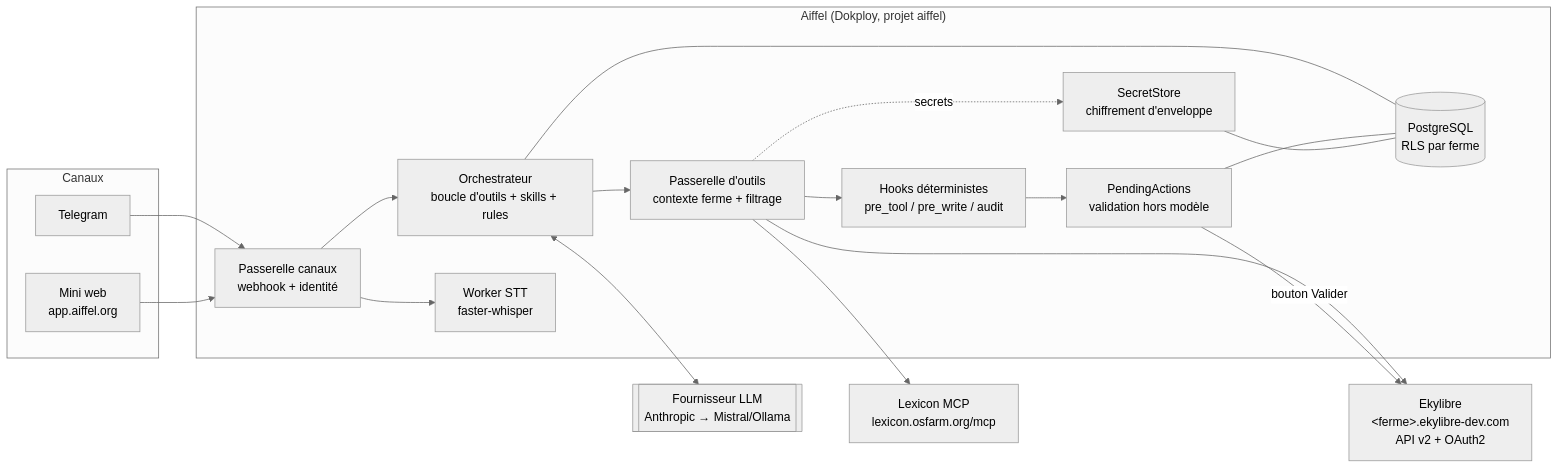
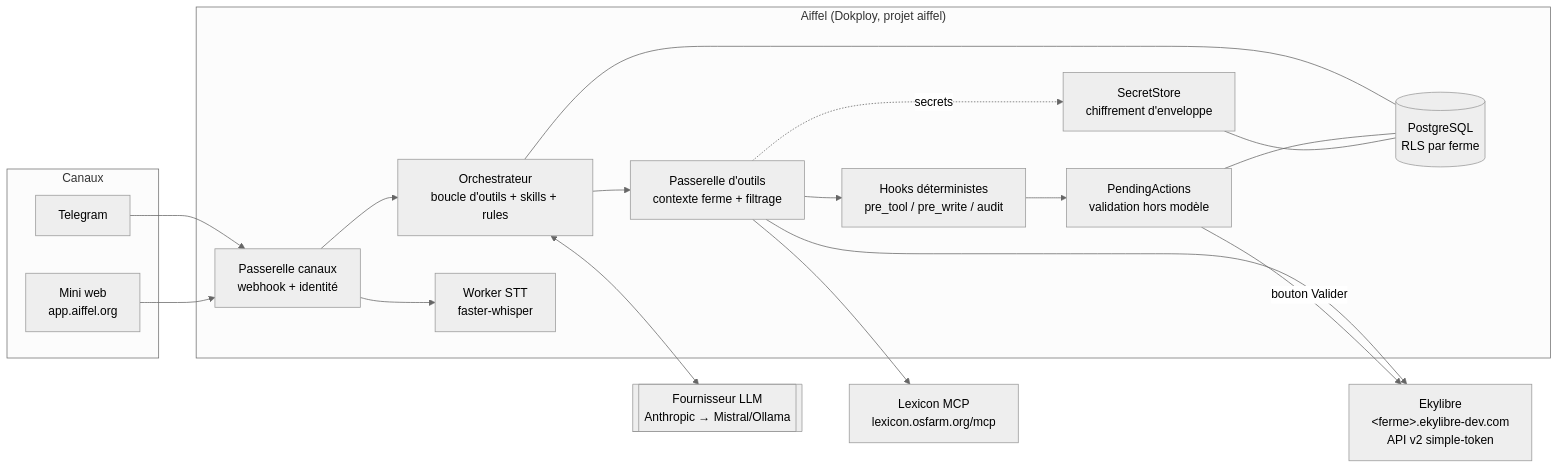
The first of 4 diagrams in docs/architecture/phase1.md (ekylibre/aiffel), drawn with Mermaid (neutral theme) before and after one commit. The commit also changed other lines of this file, not shown here.

First line of the commit message:
Keep simple-token for the prototype, defer OAuth2

````diff
--- a/docs/architecture/phase1.md
+++ b/docs/architecture/phase1.md
@@ -111,36 +142,36 @@
 ```mermaid
 flowchart LR
   subgraph Canaux
     TG[Telegram]
     WEB[Mini web<br/>app.aiffel.org]
   end
   subgraph Aiffel["Aiffel (Dokploy, projet aiffel)"]
     GW[Passerelle canaux<br/>webhook + identité]
     ORC[Orchestrateur<br/>boucle d'outils + skills + rules]
     HK[Hooks déterministes<br/>pre_tool / pre_write / audit]
     TGW[Passerelle d'outils<br/>contexte ferme + filtrage]
     PA[PendingActions<br/>validation hors modèle]
     VLT[SecretStore<br/>chiffrement d'enveloppe]
     STT[Worker STT<br/>faster-whisper]
     DB[(PostgreSQL<br/>RLS par ferme)]
   end
   LLM[[Fournisseur LLM<br/>Anthropic → Mistral/Ollama]]
-  EKY[Ekylibre<br/>&lt;ferme&gt;.ekylibre-dev.com<br/>API v2 + OAuth2]
+  EKY[Ekylibre<br/>&lt;ferme&gt;.ekylibre-dev.com<br/>API v2 simple-token]
   LEX[Lexicon MCP<br/>lexicon.osfarm.org/mcp]
 
   TG --> GW
   WEB --> GW
   GW --> STT
   GW --> ORC
   ORC <--> LLM
   ORC --> TGW
   TGW --> HK
   HK --> PA
   TGW --> EKY
   TGW --> LEX
   PA -->|bouton Valider| EKY
   TGW -.secrets.-> VLT
   ORC --- DB
   PA --- DB
   VLT --- DB
 ```
````
